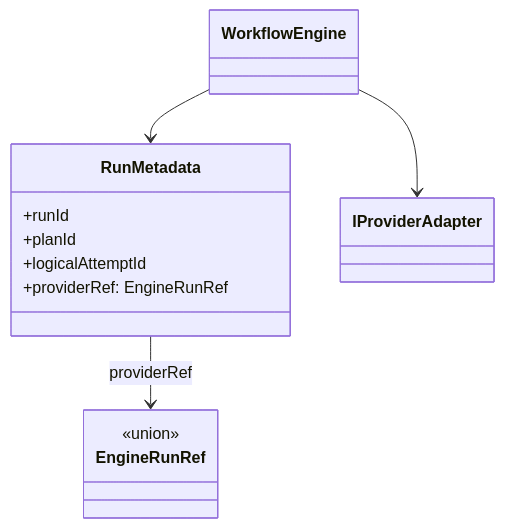
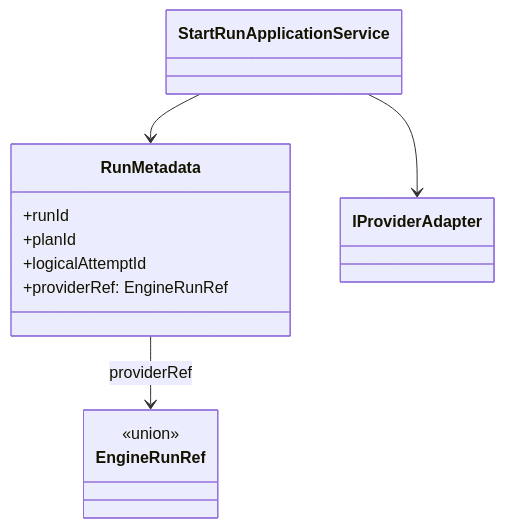
One commit to dunay2/dvt changed the third of 4 diagrams in docs/architecture/system-delivery-status.md. Above: the diagram before and after it, drawn with Mermaid. The commit also changed other lines of this file and 12 other files, not shown here.

````diff
--- a/docs/architecture/system-delivery-status.md
+++ b/docs/architecture/system-delivery-status.md
@@ -261,15 +276,15 @@
 ```mermaid
 classDiagram
     class RunMetadata {
         +runId
         +planId
         +logicalAttemptId
         +providerRef: EngineRunRef
     }
     class EngineRunRef {
         <<union>>
     }
     RunMetadata --> EngineRunRef : providerRef
-    WorkflowEngine --> RunMetadata
-    WorkflowEngine --> IProviderAdapter
+    StartRunApplicationService --> RunMetadata
+    StartRunApplicationService --> IProviderAdapter
 ```
````
